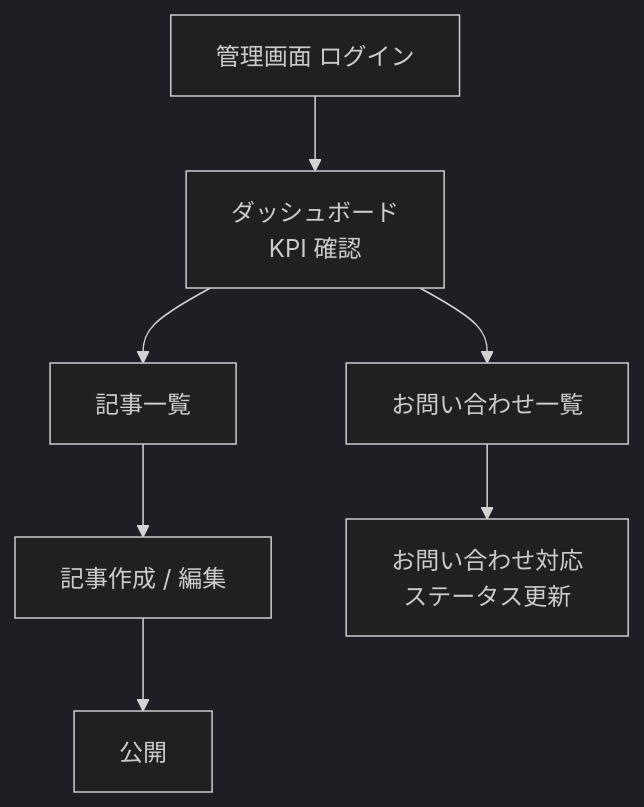
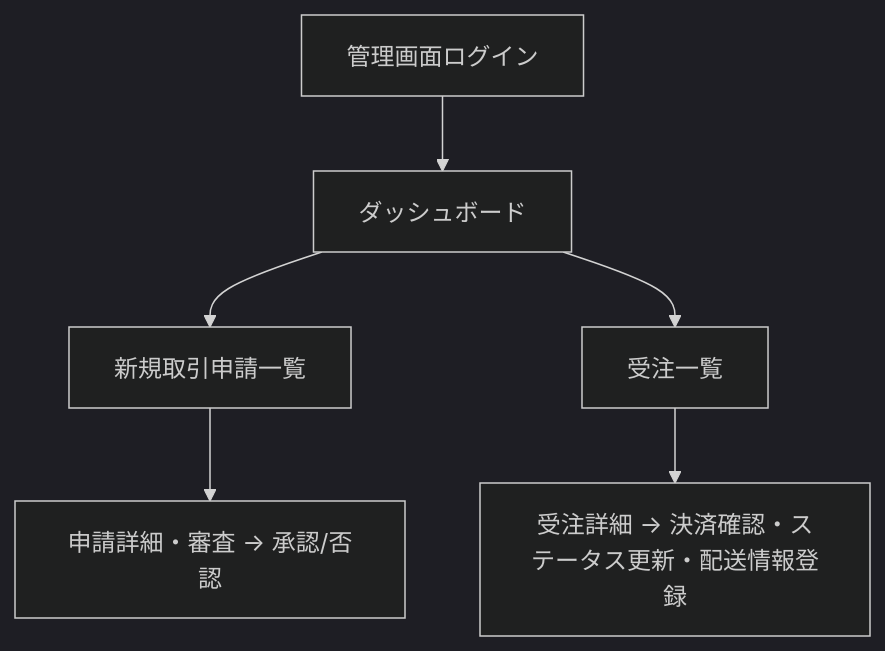
The third of 4 diagrams in docs/2-product/04-ui-ux-design.md (team-natural/business-pet-kampo), drawn with Mermaid (dark theme) before and after one commit. The commit also changed other lines of this file and 22 other files, not shown here.

````diff
--- a/docs/2-product/04-ui-ux-design.md
+++ b/docs/2-product/04-ui-ux-design.md
@@ -91,9 +85,8 @@
 ```mermaid
 flowchart TD
-    A[管理画面 ログイン] --> B[ダッシュボード<br/>KPI 確認]
-    B --> C[記事一覧]
-    C --> D[記事作成 / 編集]
-    D --> E[公開]
-    B --> F[お問い合わせ一覧]
-    F --> G[お問い合わせ対応<br/>ステータス更新]
+    A[管理画面ログイン] --> B[ダッシュボード]
+    B --> C[新規取引申請一覧]
+    C --> D[申請詳細・審査 → 承認/否認]
+    B --> E[受注一覧]
+    E --> F[受注詳細 → 決済確認・ステータス更新・配送情報登録]
 ```
````
